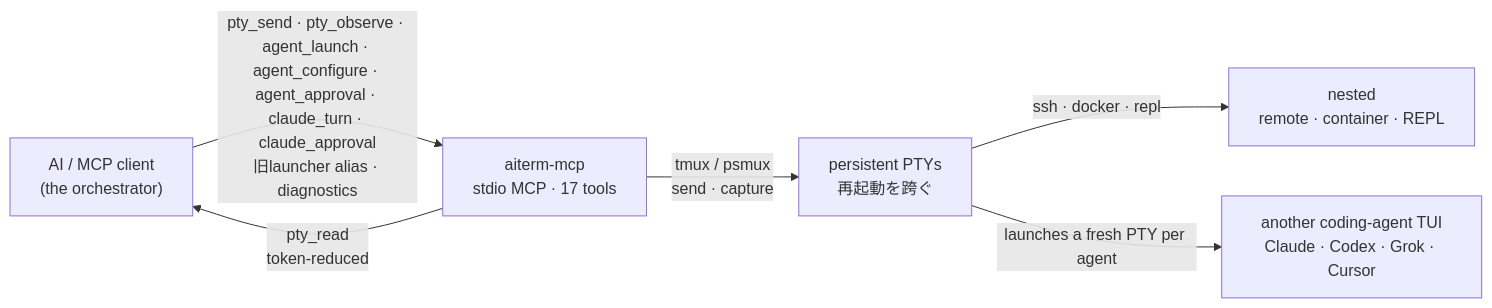
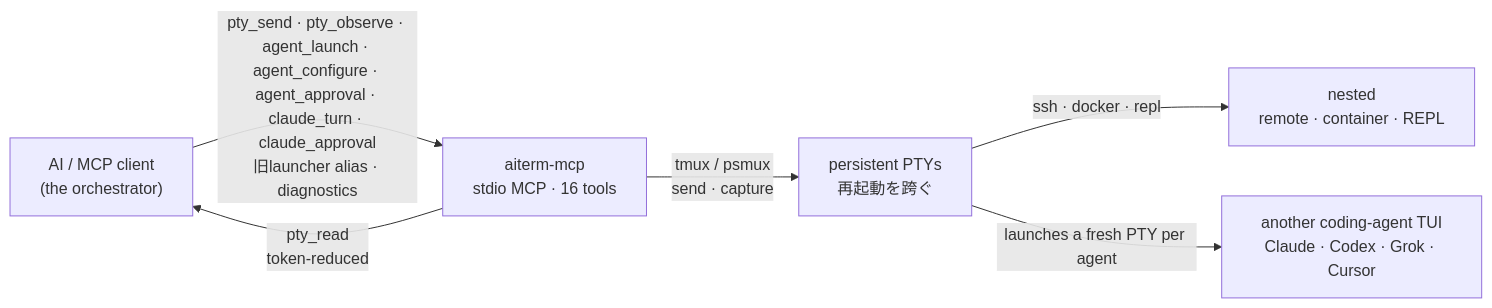
The diagram in README.ja.md (kitepon/aiterm-mcp), drawn with Mermaid before and after one commit. The commit also changed other lines of this file and 24 other files, not shown here.

````diff
--- a/README.ja.md
+++ b/README.ja.md
@@ -407,8 +407,8 @@
 ```mermaid
 flowchart LR
-    AI["AI / MCP client<br/>(the orchestrator)"] -->|"pty_send · pty_observe · agent_launch · agent_configure · agent_approval · claude_turn · claude_approval<br/>旧launcher alias · diagnostics"| S["aiterm-mcp<br/>stdio MCP · 17 tools"]
+    AI["AI / MCP client<br/>(the orchestrator)"] -->|"pty_send · pty_observe · agent_launch · agent_configure · agent_approval · claude_turn · claude_approval<br/>旧launcher alias · diagnostics"| S["aiterm-mcp<br/>stdio MCP · 16 tools"]
     S -->|"pty_read<br/>token-reduced"| AI
     S -->|"tmux / psmux<br/>send · capture"| P["persistent PTYs<br/>再起動を跨ぐ"]
     P -->|"ssh · docker · repl"| R["nested<br/>remote · container · REPL"]
     P -->|"launches a fresh PTY per agent"| A["another coding-agent TUI<br/>Claude · Codex · Grok · Cursor"]
 ```
````
